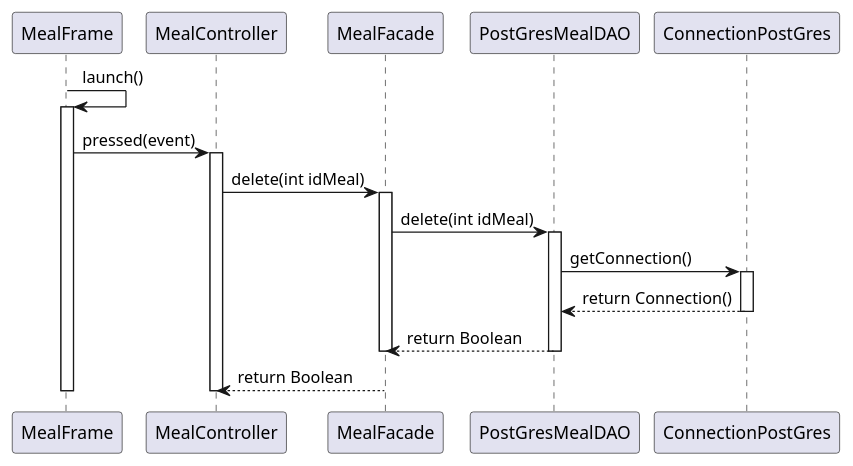
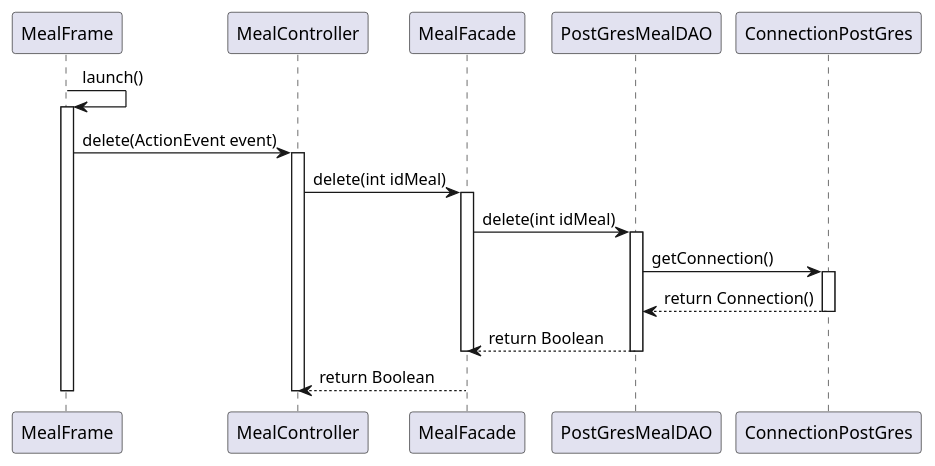
The diagram in diagrammes/Meal/meal-delete.plantuml (thmsfnr/Simplify), drawn with PlantUML before and after one commit. The commit also changed 11 other files, not shown here.

Commit message:
correction diagramme classe et sequence meal

```diff
--- a/diagrammes/Meal/meal-delete.plantuml
+++ b/diagrammes/Meal/meal-delete.plantuml
@@ -1,27 +1,27 @@
 @startuml
 MealFrame -> MealFrame : launch()
 activate MealFrame
 
-MealFrame -> MealController: pressed(event)
+MealFrame -> MealController: delete(ActionEvent event)
 activate MealController
 
 MealController -> MealFacade: delete(int idMeal)
 activate MealFacade
 
 MealFacade -> PostGresMealDAO : delete(int idMeal)
 activate PostGresMealDAO
 
 PostGresMealDAO -> ConnectionPostGres : getConnection()
 activate ConnectionPostGres
 ConnectionPostGres --> PostGresMealDAO : return Connection()
 deactivate ConnectionPostGres
 PostGresMealDAO --> MealFacade : return Boolean
 deactivate PostGresMealDAO
 deactivate MealFacade
 
 MealFacade --> MealController : return Boolean
 deactivate MealController
 deactivate MealFrame
 
 
 @enduml
```
